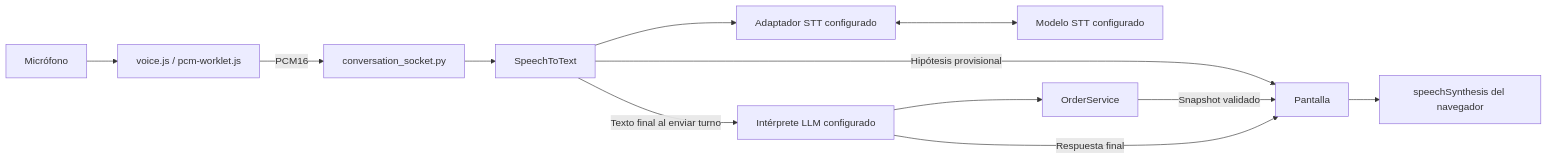
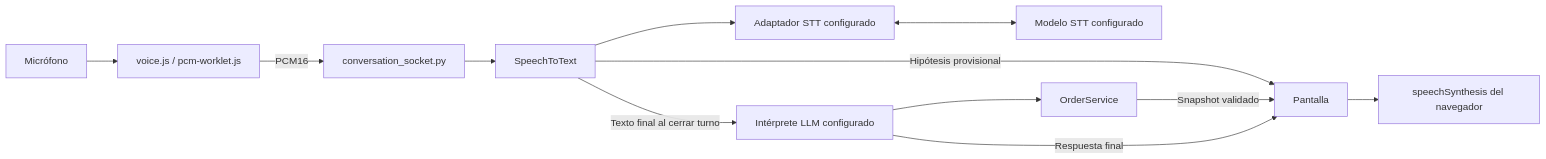
One commit to gsierra1/self_order changed the diagram in docs/voz.md. Above: the diagram before and after it, drawn with Mermaid. The commit also changed other lines of this file and 10 other files, not shown here.

````diff
--- a/docs/voz.md
+++ b/docs/voz.md
@@ -7,14 +7,14 @@
 ```mermaid
 flowchart LR
     M[Micrófono] --> V[voice.js / pcm-worklet.js]
     V -->|PCM16| W[conversation_socket.py]
     W --> T[SpeechToText]
     T --> GT[Adaptador STT configurado]
     GT <--> G[Modelo STT configurado]
     T -->|Hipótesis provisional| UI[Pantalla]
-    T -->|Texto final al enviar turno| O[Intérprete LLM configurado]
+    T -->|Texto final al cerrar turno| O[Intérprete LLM configurado]
     O --> S[OrderService]
     S -->|Snapshot validado| UI
     O -->|Respuesta final| UI
     UI --> R[speechSynthesis del navegador]
 ```
````
